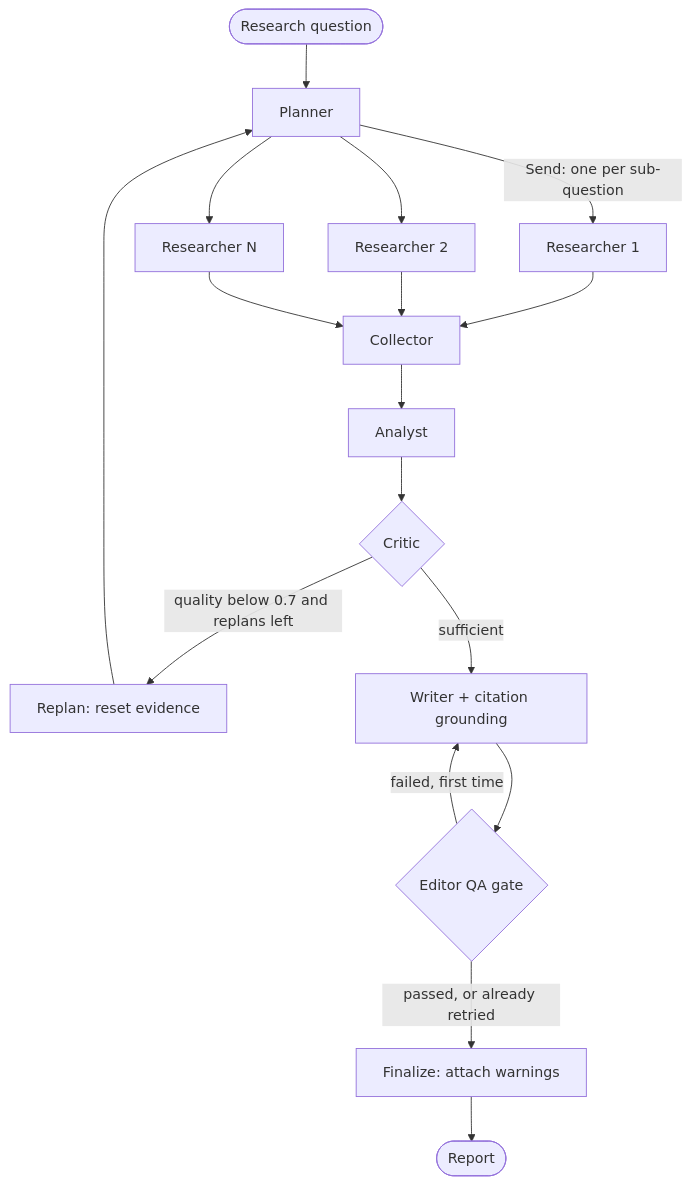
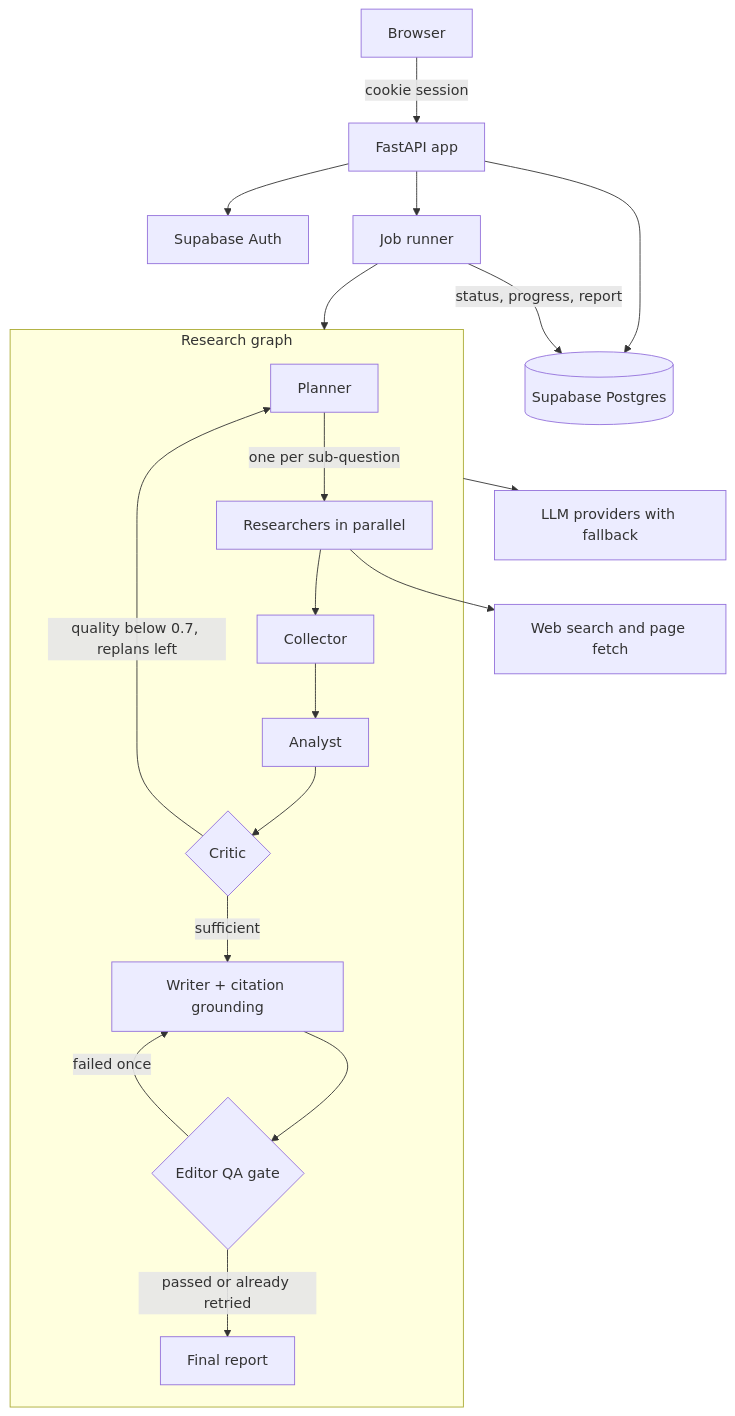
One commit to ayelefransi/A-production-ready-Multi-Agent-Deep-Research-System changed the first of 2 diagrams in README.md. Above: the diagram before and after it, drawn with Mermaid. The commit also changed other lines of this file and 36 other files, not shown here.

First line of the commit message:
feat: multi-user runs with Supabase, background jobs and Vercel bundling fix

````diff
--- a/README.md
+++ b/README.md
@@ -60,19 +63,24 @@
 ```mermaid
 flowchart TD
-    Q([Research question]) --> P[Planner]
-    P -->|Send: one per sub-question| R1[Researcher 1]
-    P --> R2[Researcher 2]
-    P --> RN[Researcher N]
-    R1 --> C[Collector]
-    R2 --> C
-    RN --> C
-    C --> A[Analyst]
-    A --> K{Critic}
-    K -->|quality below 0.7 and replans left| RP[Replan: reset evidence]
-    RP --> P
-    K -->|sufficient| W[Writer + citation grounding]
-    W --> E{Editor QA gate}
-    E -->|failed, first time| W
-    E -->|passed, or already retried| F[Finalize: attach warnings]
-    F --> REP([Report])
+    B[Browser] -->|cookie session| API[FastAPI app]
+    API --> AUTH[Supabase Auth]
+    API --> DB[(Supabase Postgres)]
+    API --> JOBS[Job runner]
+    JOBS -->|status, progress, report| DB
+    JOBS --> G
+
+    subgraph G[Research graph]
+        P[Planner] -->|one per sub-question| R[Researchers in parallel]
+        R --> C[Collector]
+        C --> A[Analyst]
+        A --> K{Critic}
+        K -->|quality below 0.7, replans left| P
+        K -->|sufficient| W[Writer + citation grounding]
+        W --> E{Editor QA gate}
+        E -->|failed once| W
+        E -->|passed or already retried| F[Final report]
+    end
+
+    R --> S[Web search and page fetch]
+    G --> L[LLM providers with fallback]
 ```
````
